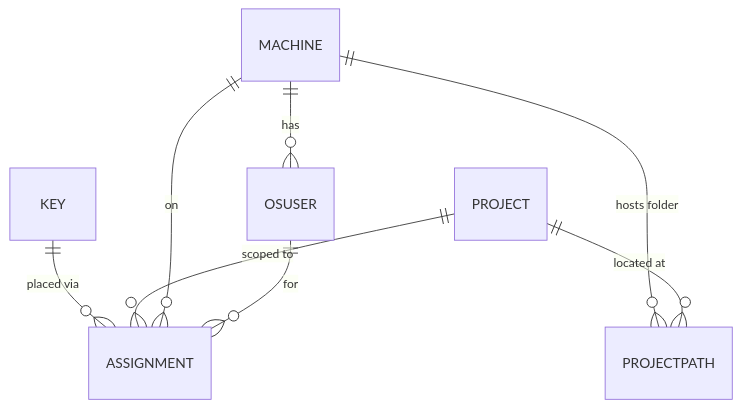
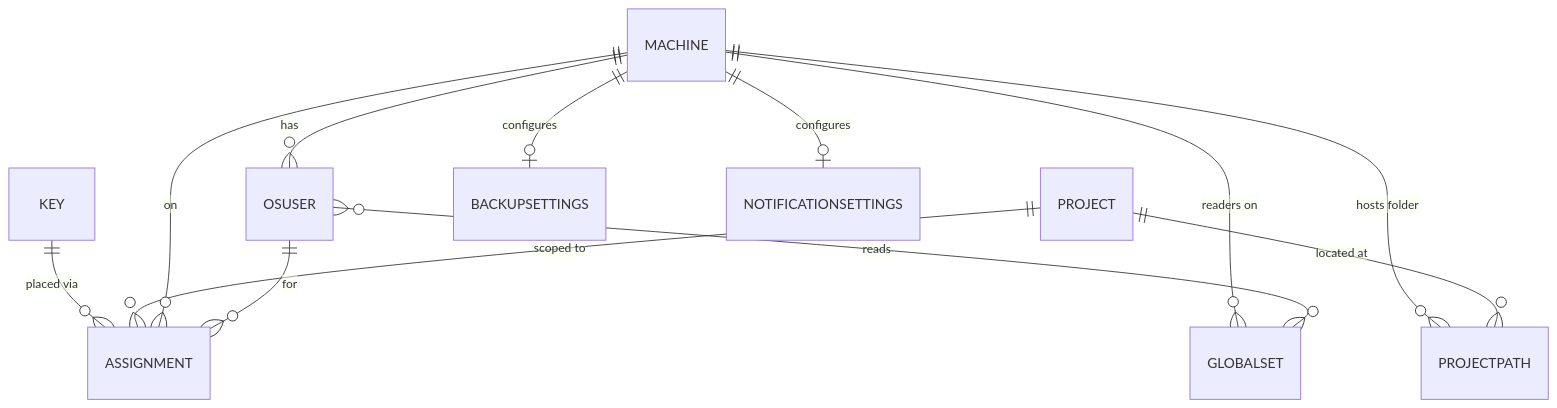
The second of 2 diagrams in docs/architecture/system-shape.md (DavidTimar1/SopsHQ), drawn with Mermaid before and after one commit. The commit also changed other lines of this file and 35 other files, not shown here.

````diff
--- a/docs/architecture/system-shape.md
+++ b/docs/architecture/system-shape.md
@@ -340,10 +228,14 @@
 ```mermaid
 erDiagram
   MACHINE ||--o{ OSUSER : has
   MACHINE ||--o{ PROJECTPATH : "hosts folder"
   PROJECT ||--o{ PROJECTPATH : "located at"
   KEY ||--o{ ASSIGNMENT : "placed via"
   PROJECT ||--o{ ASSIGNMENT : "scoped to"
   MACHINE ||--o{ ASSIGNMENT : "on"
   OSUSER ||--o{ ASSIGNMENT : "for"
+  MACHINE ||--o{ GLOBALSET : "readers on"
+  OSUSER }o--o{ GLOBALSET : "reads"
+  MACHINE ||--o| BACKUPSETTINGS : "configures"
+  MACHINE ||--o| NOTIFICATIONSETTINGS : "configures"
 ```
````
